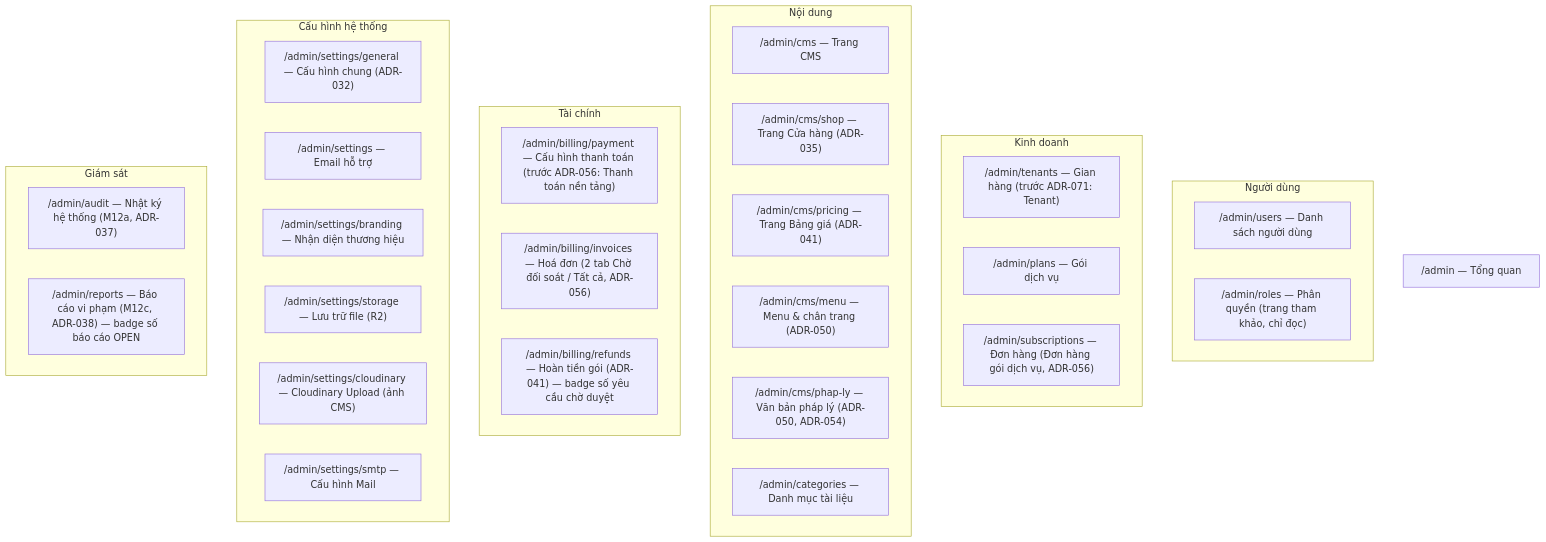
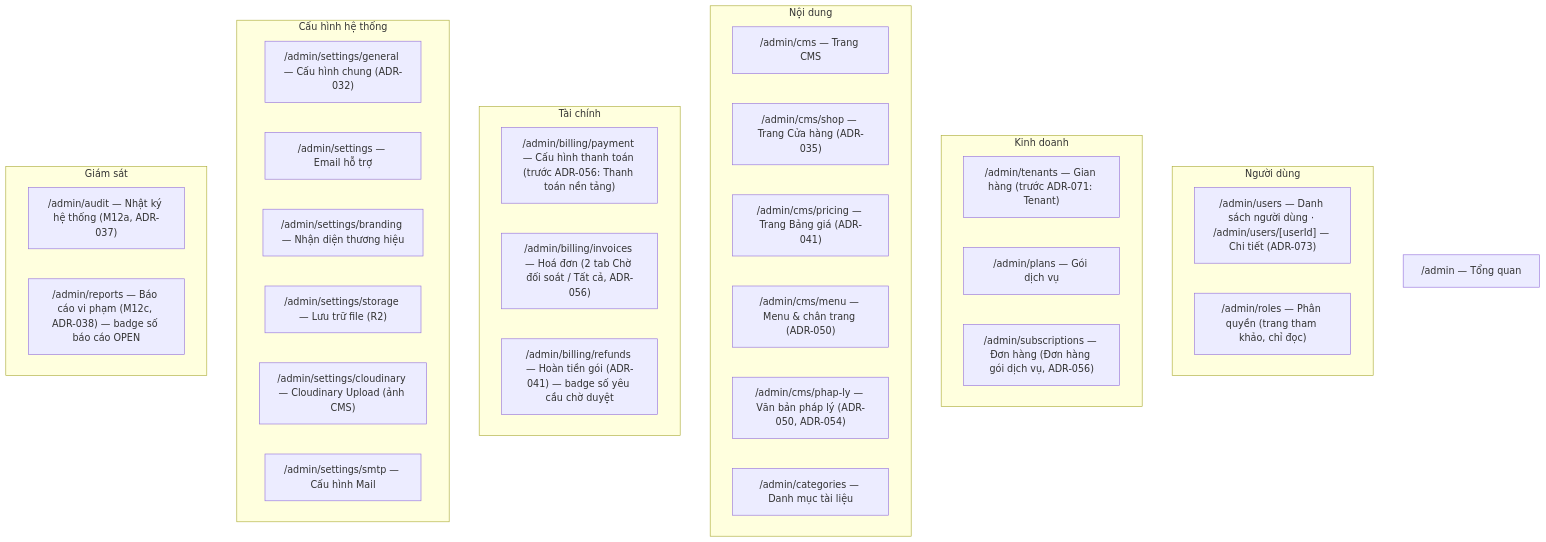
Before and after one commit to vtphong91/gieochu: the first of 2 diagrams in obsidian-knowledge-base/02-System-Specs/User-Management-System-Center-Specs.md, drawn with Mermaid. The commit also changed other lines of this file and 59 other files, not shown here.

````diff
--- a/obsidian-knowledge-base/02-System-Specs/User-Management-System-Center-Specs.md
+++ b/obsidian-knowledge-base/02-System-Specs/User-Management-System-Center-Specs.md
@@ -43,38 +43,38 @@
 ```mermaid
 flowchart TB
     Root["/admin — Tổng quan"]
     subgraph G1["Người dùng"]
-        U1["/admin/users — Danh sách người dùng"]
+        U1["/admin/users — Danh sách người dùng · /admin/users/[userId] — Chi tiết (ADR-073)"]
         U2["/admin/roles — Phân quyền (trang tham khảo, chỉ đọc)"]
     end
     subgraph G2["Kinh doanh"]
         B1["/admin/tenants — Gian hàng (trước ADR-071: Tenant)"]
         B2["/admin/plans — Gói dịch vụ"]
         B3["/admin/subscriptions — Đơn hàng (Đơn hàng gói dịch vụ, ADR-056)"]
     end
     subgraph G3["Nội dung"]
         C1["/admin/cms — Trang CMS"]
         C3["/admin/cms/shop — Trang Cửa hàng (ADR-035)"]
         C4["/admin/cms/pricing — Trang Bảng giá (ADR-041)"]
         C5["/admin/cms/menu — Menu & chân trang (ADR-050)"]
         C6["/admin/cms/phap-ly — Văn bản pháp lý (ADR-050, ADR-054)"]
         C2["/admin/categories — Danh mục tài liệu"]
     end
     subgraph G4["Tài chính"]
         F1["/admin/billing/payment — Cấu hình thanh toán (trước ADR-056: Thanh toán nền tảng)"]
         F2["/admin/billing/invoices — Hoá đơn (2 tab Chờ đối soát / Tất cả, ADR-056)"]
         F3["/admin/billing/refunds — Hoàn tiền gói (ADR-041) — badge số yêu cầu chờ duyệt"]
     end
     subgraph G5["Cấu hình hệ thống"]
         S0["/admin/settings/general — Cấu hình chung (ADR-032)"]
         S1["/admin/settings — Email hỗ trợ"]
         S2["/admin/settings/branding — Nhận diện thương hiệu"]
         S3["/admin/settings/storage — Lưu trữ file (R2)"]
         S4["/admin/settings/cloudinary — Cloudinary Upload (ảnh CMS)"]
         S5["/admin/settings/smtp — Cấu hình Mail"]
     end
     subgraph G6["Giám sát"]
         M1["/admin/audit — Nhật ký hệ thống (M12a, ADR-037)"]
         M2["/admin/reports — Báo cáo vi phạm (M12c, ADR-038) — badge số báo cáo OPEN"]
     end
 ```
````
